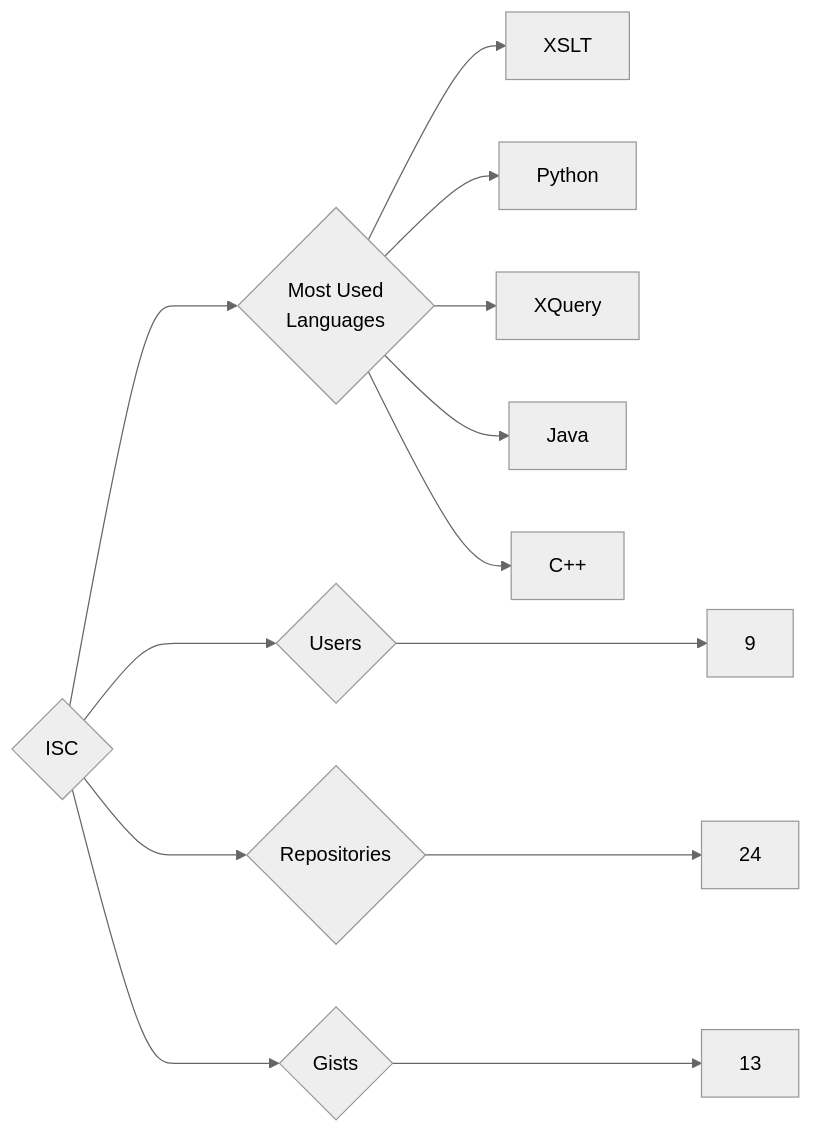
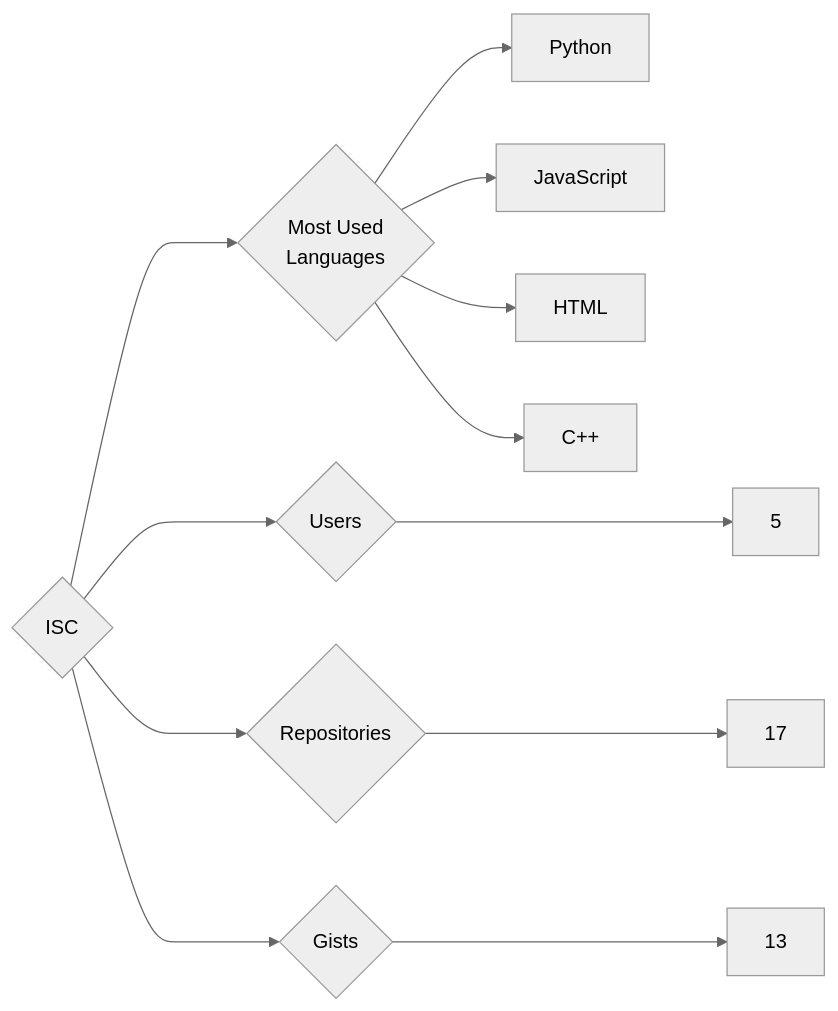
The diagram in targets/ISC/README.md (trickest/insiders), drawn with Mermaid (neutral theme) before and after one commit. The commit also changed 930 other files, not shown here.

````diff
--- a/targets/ISC/README.md
+++ b/targets/ISC/README.md
@@ -3,13 +3,12 @@
 ```mermaid
 graph LR
 COMPANY_NAME{ISC}
-COMPANY_NAME ---> U{Users} ---> UN[9]
-COMPANY_NAME ---> R{Repositories} ---> RN[24]
+COMPANY_NAME ---> U{Users} ---> UN[5]
+COMPANY_NAME ---> R{Repositories} ---> RN[17]
 COMPANY_NAME ---> G{Gists} ---> GN[13]
 COMPANY_NAME ---> ML{Most Used<br>Languages}
-ML --> XSLT[XSLT]
 ML --> Python[Python]
-ML --> XQuery[XQuery]
-ML --> Java[Java]
+ML --> JavaScript[JavaScript]
+ML --> HTML[HTML]
 ML --> C++[C++]
 ```
````
